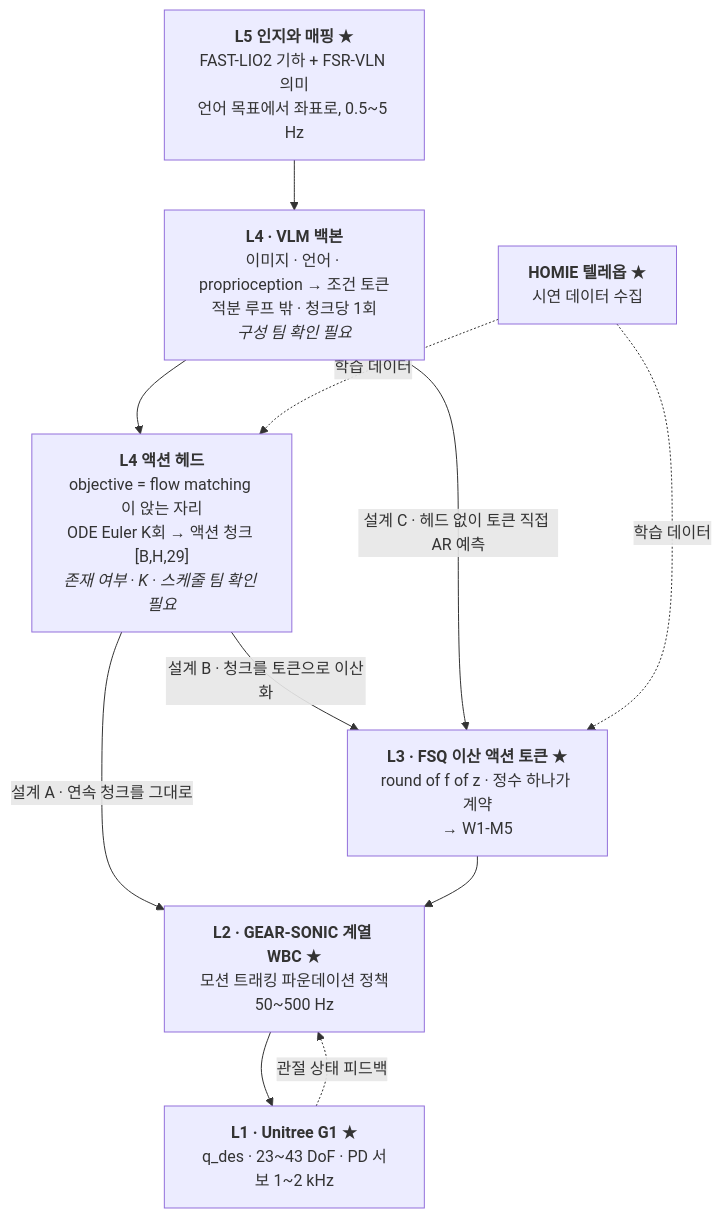
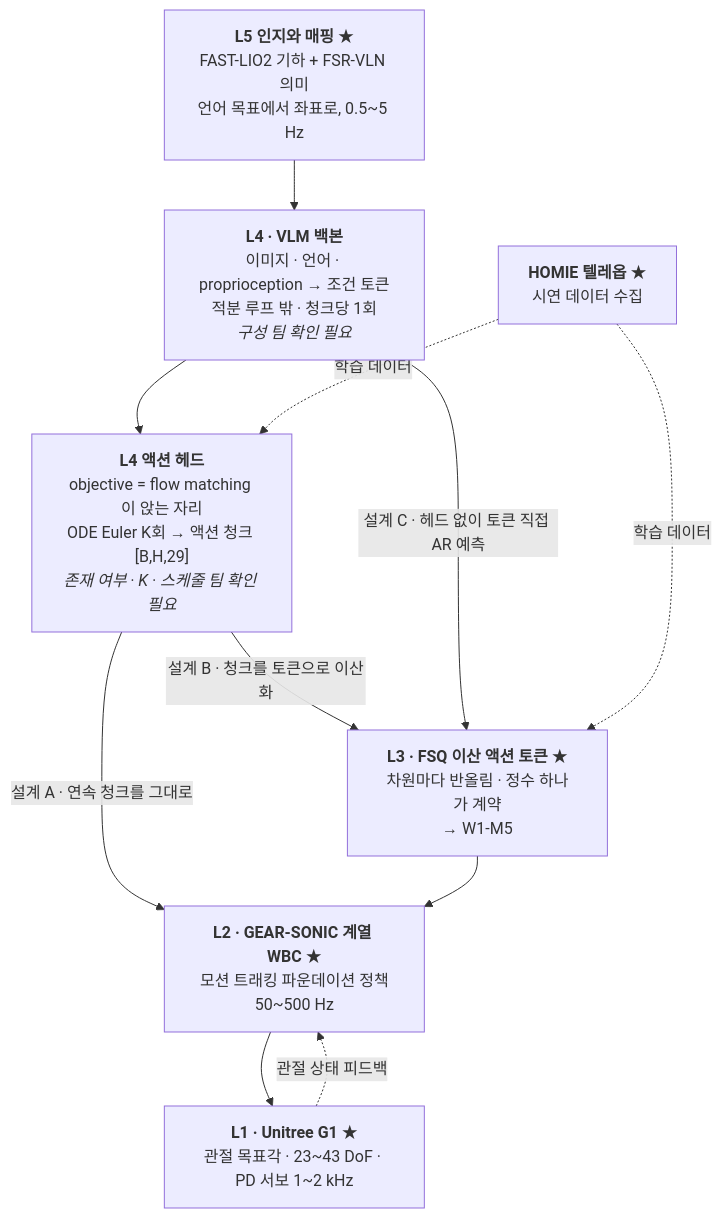
The fourth of 5 diagrams in course/w1-generative-core/04-flow-matching/lesson.md (sguys99/physical-ai-study), drawn with Mermaid before and after one commit. The commit also changed other lines of this file and 14 other files, not shown here.

````diff
--- a/course/w1-generative-core/04-flow-matching/lesson.md
+++ b/course/w1-generative-core/04-flow-matching/lesson.md
@@ -601,18 +840,18 @@
 ```mermaid
 flowchart TB
     L5["<b>L5 인지와 매핑</b> ★<br/>FAST-LIO2 기하 + FSR-VLN 의미<br/>언어 목표에서 좌표로, 0.5~5 Hz"]
     VLM["<b>L4 · VLM 백본</b><br/>이미지 · 언어 · proprioception → 조건 토큰<br/>적분 루프 밖 · 청크당 1회<br/><i>구성 팀 확인 필요</i>"]
     HEAD["<b>L4 액션 헤드</b><br/>objective = flow matching 이 앉는 자리<br/>ODE Euler K회 → 액션 청크 [B,H,29]<br/><i>존재 여부 · K · 스케줄 팀 확인 필요</i>"]
-    FSQ["<b>L3 · FSQ 이산 액션 토큰</b> ★<br/>round of f of z · 정수 하나가 계약<br/>→ W1-M5"]
+    FSQ["<b>L3 · FSQ 이산 액션 토큰</b> ★<br/>차원마다 반올림 · 정수 하나가 계약<br/>→ W1-M5"]
     L2["<b>L2 · GEAR-SONIC 계열 WBC</b> ★<br/>모션 트래킹 파운데이션 정책<br/>50~500 Hz"]
-    L1["<b>L1 · Unitree G1</b> ★<br/>q_des · 23~43 DoF · PD 서보 1~2 kHz"]
+    L1["<b>L1 · Unitree G1</b> ★<br/>관절 목표각 · 23~43 DoF · PD 서보 1~2 kHz"]
 
     L5 --> VLM --> HEAD
     HEAD -->|"설계 A · 연속 청크를 그대로"| L2
     HEAD -->|"설계 B · 청크를 토큰으로 이산화"| FSQ
     VLM -->|"설계 C · 헤드 없이 토큰 직접 AR 예측"| FSQ
     FSQ --> L2 --> L1
     L1 -. 관절 상태 피드백 .-> L2
     HOMIE["<b>HOMIE 텔레옵</b> ★<br/>시연 데이터 수집"] -. 학습 데이터 .-> HEAD
     HOMIE -. 학습 데이터 .-> FSQ
 ```
````
